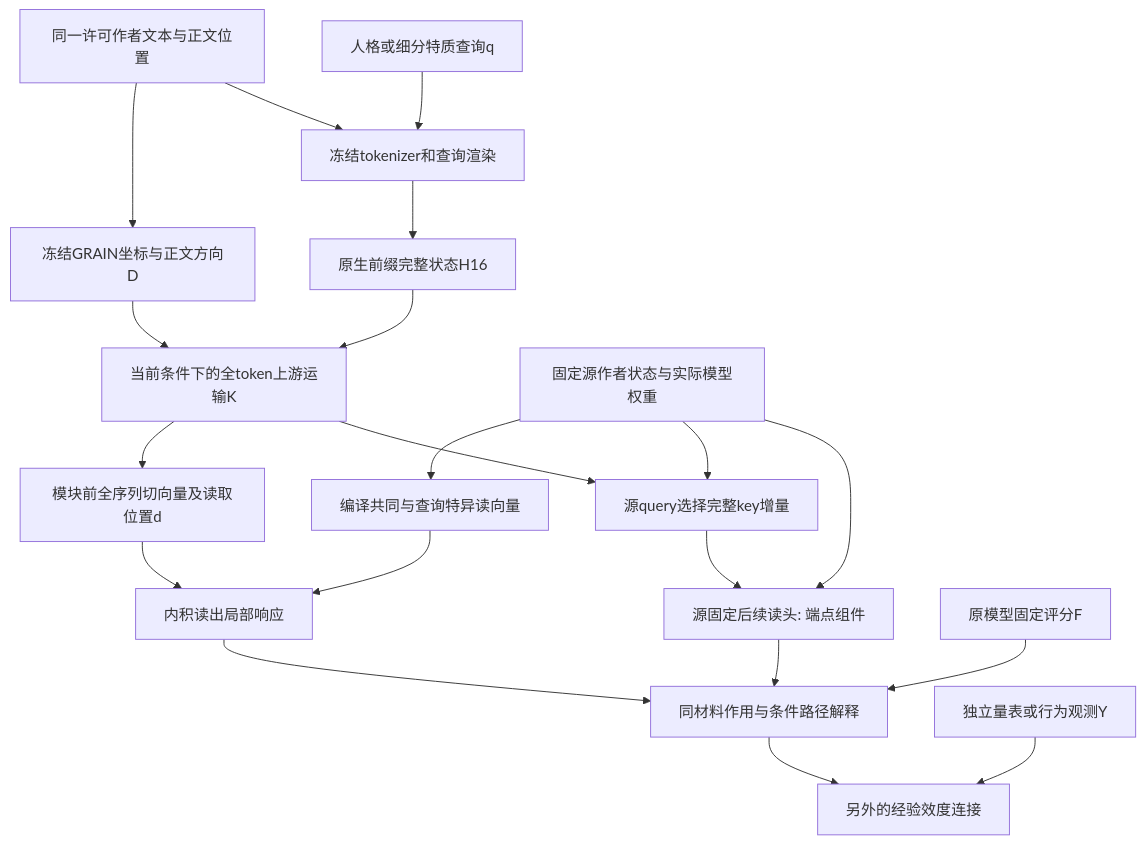
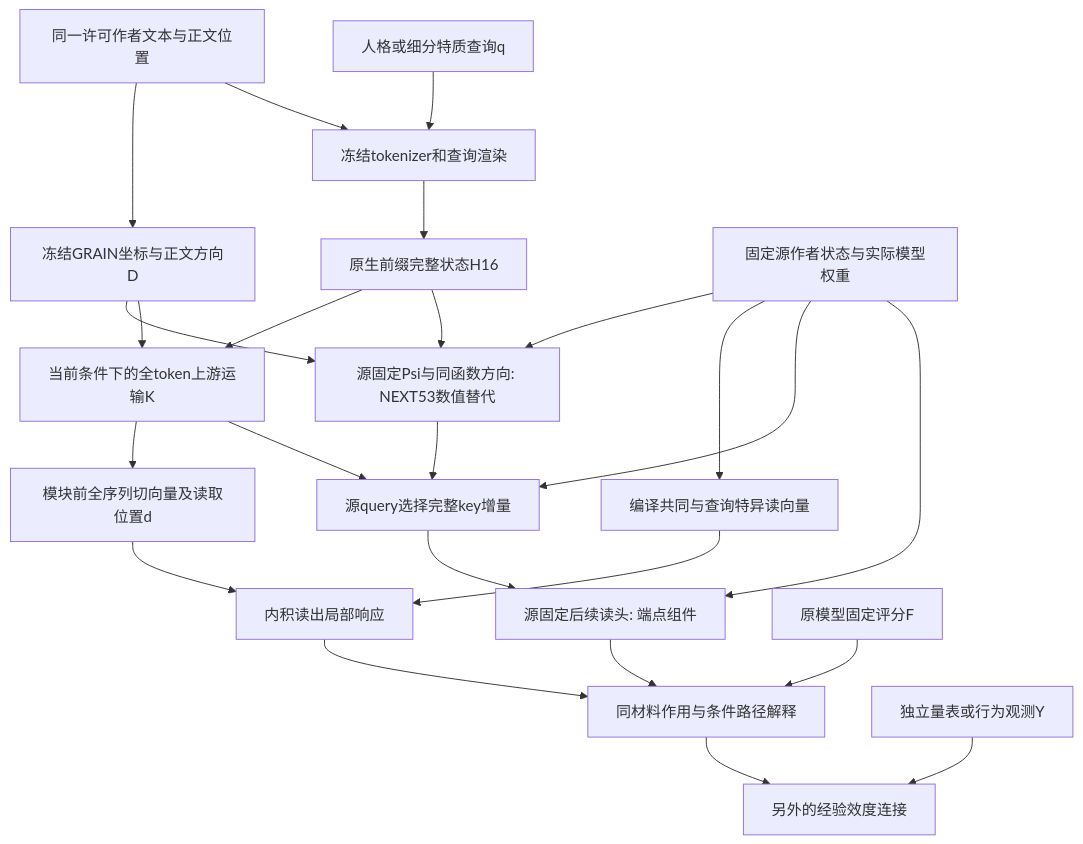
Before and after one commit to reiserhhh/GRAIN: the diagram in docs/GRAIN_UPSTREAM_MECHANISM_INTEGRATION_V1.md, drawn with Mermaid. The commit also changed other lines of this file and 19 other files, not shown here.

````diff
--- a/docs/GRAIN_UPSTREAM_MECHANISM_INTEGRATION_V1.md
+++ b/docs/GRAIN_UPSTREAM_MECHANISM_INTEGRATION_V1.md
@@ -8,22 +8,26 @@
 ```mermaid
 flowchart TD
   T[同一许可作者文本与正文位置] --> G[冻结GRAIN坐标与正文方向D]
   T --> R[冻结tokenizer和查询渲染]
   Q[人格或细分特质查询q] --> R
   R --> H[原生前缀完整状态H16]
   H --> K[当前条件下的全token上游运输K]
+  H --> P[源固定Psi与同函数方向: NEXT53数值替代]
+  G --> P
+  S --> P
+  P --> U
   G --> K
   K --> D[模块前全序列切向量及读取位置d]
   S[固定源作者状态与实际模型权重] --> V[编译共同与查询特异读向量]
   D --> A[内积读出局部响应]
   V --> A
   K --> U[源query选择完整key增量]
   S --> U
   U --> C[源固定后续读头: 端点组件]
   S --> C
   C --> J
   A --> J[同材料作用与条件路径解释]
   F[原模型固定评分F] --> J
   Y[独立量表或行为观测Y] --> E[另外的经验效度连接]
   J --> E
 ```
````
